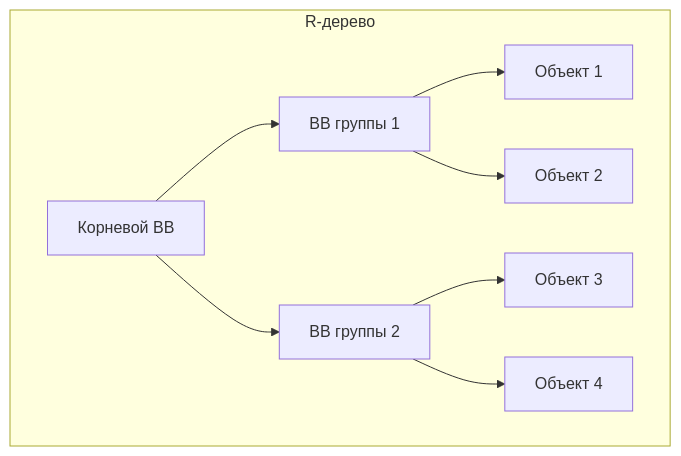
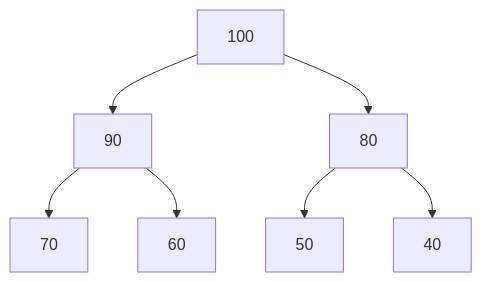
The fourth of 6 diagrams in 17/LECTURE.md (Vladislav-Chistyakov/CS-in-Frontend), drawn with Mermaid before and after one commit. The commit also changed other lines of this file and 13 other files, not shown here.

````diff
--- a/17/LECTURE.md
+++ b/17/LECTURE.md
@@ -219,11 +106,9 @@
 ```mermaid
 graph TD
-subgraph "R-дерево"
-Root[Корневой BB] --> Child1[BB группы 1]
-Root --> Child2[BB группы 2]
-Child1 --> Obj1[Объект 1]
-Child1 --> Obj2[Объект 2]
-Child2 --> Obj3[Объект 3]
-Child2 --> Obj4[Объект 4]
-end
+100[100] --> 90[90]
+100 --> 80[80]
+90 --> 70[70]
+90 --> 60[60]
+80 --> 50[50]
+80 --> 40[40]
 ```
````
